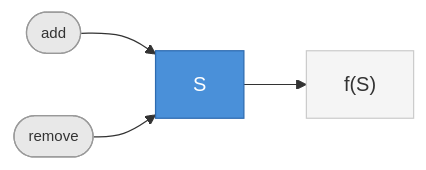
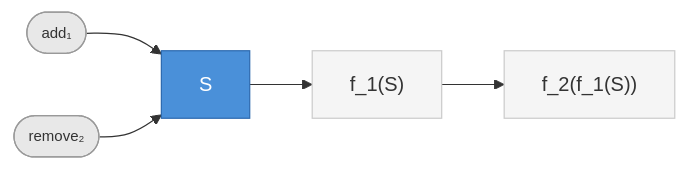
Before and after one commit to ut-code/utcode-learn: the diagram in docs/4-advanced/04-react/index.mdx, drawn with Mermaid.

Commit message:
図を更新

````diff
--- a/docs/4-advanced/04-react/index.mdx
+++ b/docs/4-advanced/04-react/index.mdx
@@ -54,10 +54,10 @@
 ```mermaid
 flowchart LR
-  add(["add"]):::event --> S["S"]:::state
-  remove(["remove"]):::event --> S
-  S --> f["f(S)"]:::ui
+  add(["add₁"]):::event --> S["S"]:::state
+  remove(["remove₂"]):::event --> S
+  S --> f1["f_1(S)"]:::ui --> f2["f_2(f_1(S))"]:::ui
 
   classDef event fill:#e8e8e8,stroke:#999,font-size:12px
   classDef state fill:#4a90d9,stroke:#2e6bb0,color:#fff
   classDef ui fill:#f5f5f5,stroke:#ccc
 ```
````
